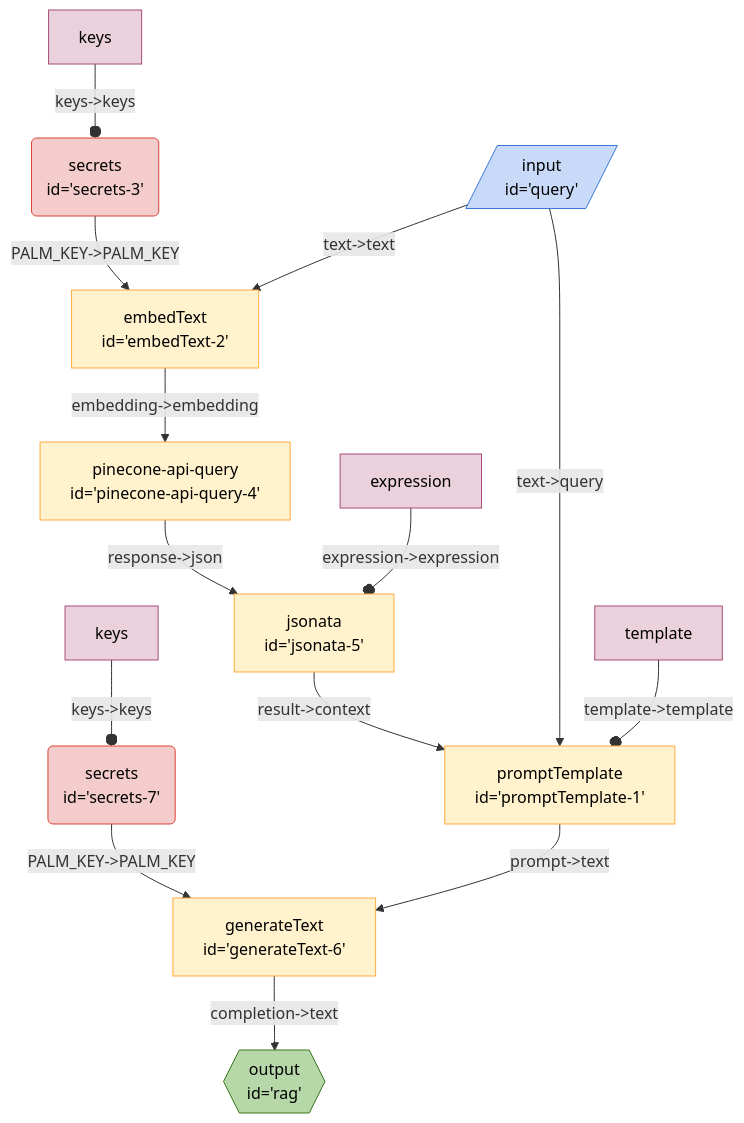
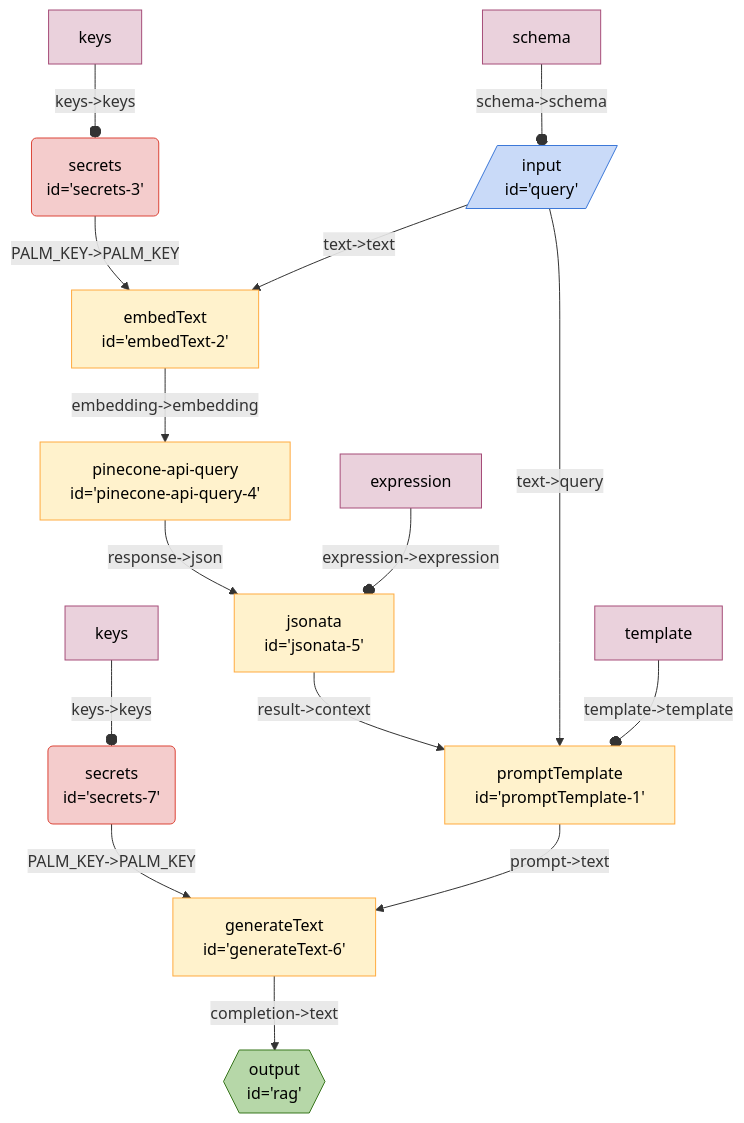
One commit to breadboard-ai/breadboard changed the diagram in seeds/graph-playground/docs/graphs/pinecone-query.md. Above: the diagram before and after it, drawn with Mermaid. The commit also changed 3 other files, not shown here.

Commit message:
[graph-playground] Add input schema to `pinecone-query`.

````diff
--- a/seeds/graph-playground/docs/graphs/pinecone-query.md
+++ b/seeds/graph-playground/docs/graphs/pinecone-query.md
@@ -5,25 +5,26 @@
   ```mermaid
   %%{init: 'themeVariables': { 'fontFamily': 'Fira Code, monospace' }}%%
 graph TD;
 secrets3("secrets <br> id='secrets-3'"):::secrets -- "PALM_KEY->PALM_KEY" --> embedText2["embedText <br> id='embedText-2'"]
 jsonata5["jsonata <br> id='jsonata-5'"] -- "result->context" --> promptTemplate1["promptTemplate <br> id='promptTemplate-1'"]
 pineconeapiquery4["pinecone-api-query <br> id='pinecone-api-query-4'"] -- "response->json" --> jsonata5["jsonata <br> id='jsonata-5'"]
 embedText2["embedText <br> id='embedText-2'"] -- "embedding->embedding" --> pineconeapiquery4["pinecone-api-query <br> id='pinecone-api-query-4'"]
 query[/"input <br> id='query'"/]:::input -- "text->text" --> embedText2["embedText <br> id='embedText-2'"]
 query[/"input <br> id='query'"/]:::input -- "text->query" --> promptTemplate1["promptTemplate <br> id='promptTemplate-1'"]
 secrets7("secrets <br> id='secrets-7'"):::secrets -- "PALM_KEY->PALM_KEY" --> generateText6["generateText <br> id='generateText-6'"]
 generateText6["generateText <br> id='generateText-6'"] -- "completion->text" --> rag{{"output <br> id='rag'"}}:::output
 promptTemplate1["promptTemplate <br> id='promptTemplate-1'"] -- "prompt->text" --> generateText6["generateText <br> id='generateText-6'"]
 templatepromptTemplate1[template]:::config -- "template->template" --o promptTemplate1
+schemaquery[schema]:::config -- "schema->schema" --o query
 keyssecrets3[keys]:::config -- "keys->keys" --o secrets3
 expressionjsonata5[expression]:::config -- "expression->expression" --o jsonata5
 keyssecrets7[keys]:::config -- "keys->keys" --o secrets7
 classDef default stroke:#ffab40,fill:#fff2ccff,color:#000
 classDef input stroke:#3c78d8,fill:#c9daf8ff,color:#000
 classDef output stroke:#38761d,fill:#b6d7a8ff,color:#000
 classDef passthrough stroke:#a64d79,fill:#ead1dcff,color:#000
 classDef slot stroke:#a64d79,fill:#ead1dcff,color:#000
 classDef config stroke:#a64d79,fill:#ead1dcff,color:#000
 classDef secrets stroke:#db4437,fill:#f4cccc,color:#000
 classDef slotted stroke:#a64d79
   ```
````
